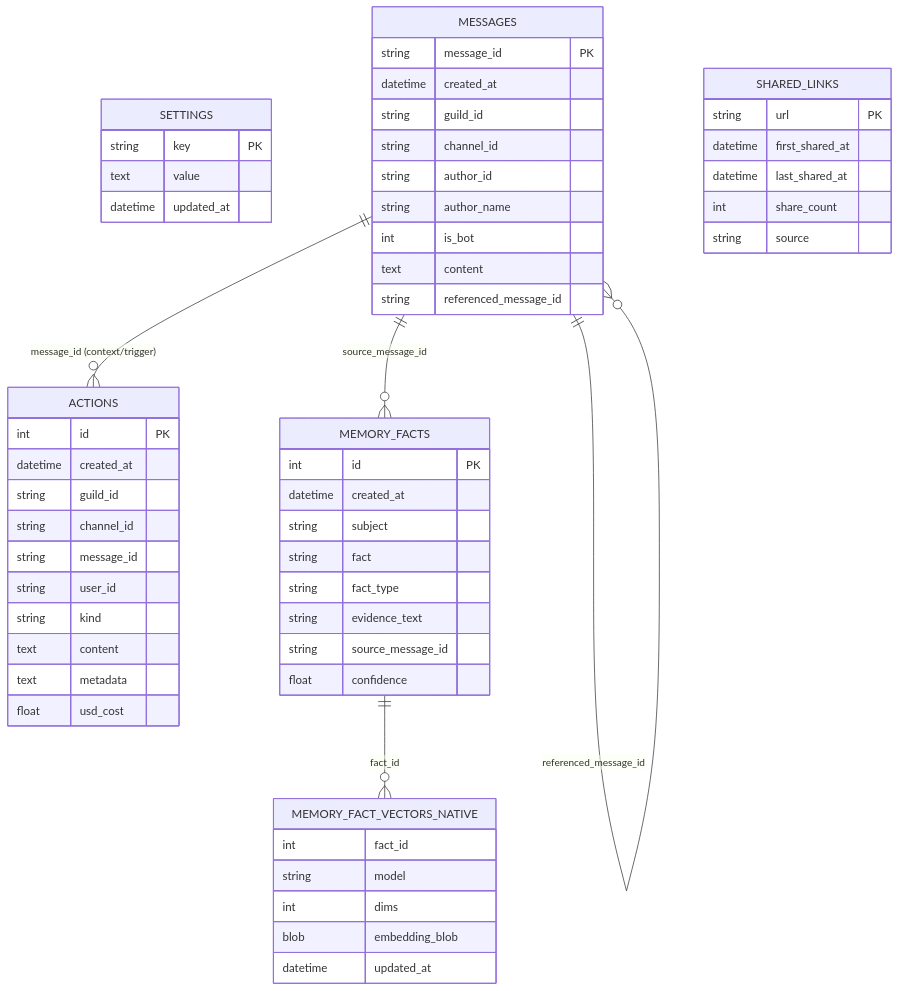
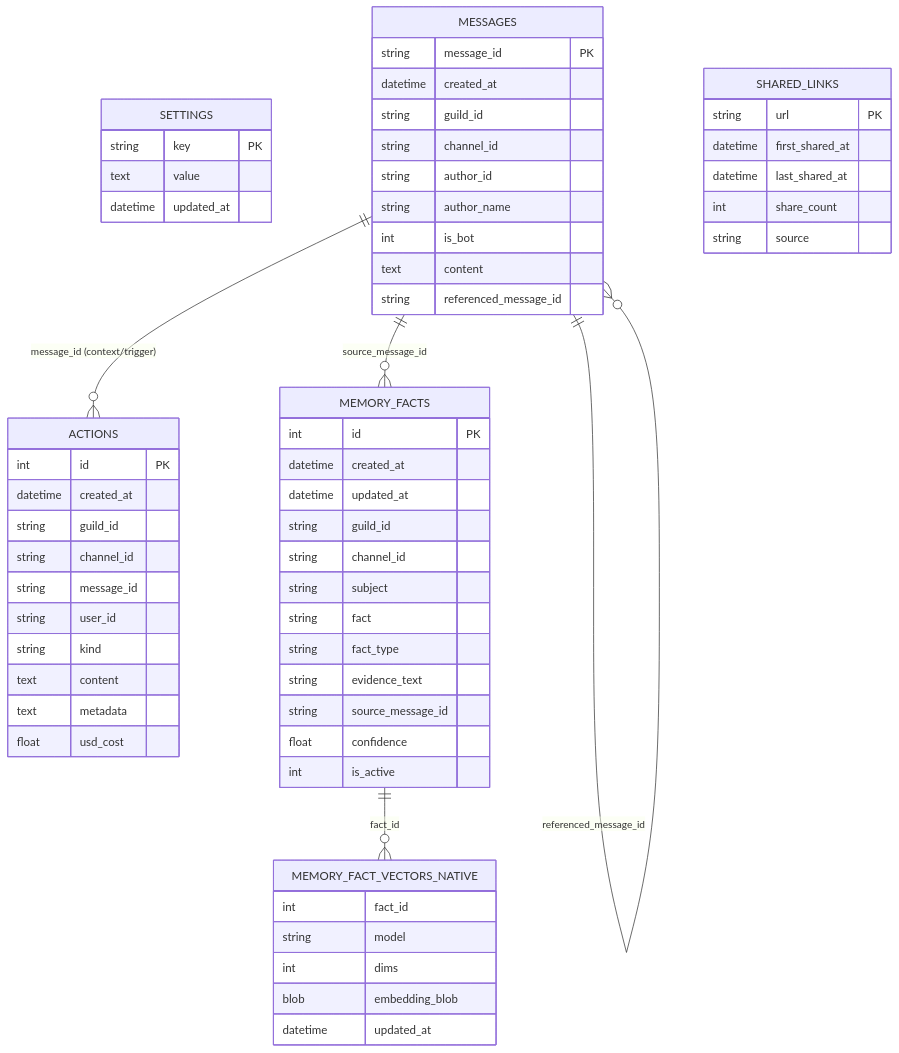
One commit to Volpestyle/clanker_conk changed the second of 5 diagrams in docs/technical-architecture.md. Above: the diagram before and after it, drawn with Mermaid. The commit also changed other lines of this file and 22 other files, not shown here.

````diff
--- a/docs/technical-architecture.md
+++ b/docs/technical-architecture.md
@@ -65,65 +71,69 @@
 ```mermaid
 erDiagram
     SETTINGS {
         string key PK
         text value
         datetime updated_at
     }
 
     MESSAGES {
         string message_id PK
         datetime created_at
         string guild_id
         string channel_id
         string author_id
         string author_name
         int is_bot
         text content
         string referenced_message_id
     }
 
     ACTIONS {
         int id PK
         datetime created_at
         string guild_id
         string channel_id
         string message_id
         string user_id
         string kind
         text content
         text metadata
         float usd_cost
     }
 
     MEMORY_FACTS {
         int id PK
         datetime created_at
+        datetime updated_at
+        string guild_id
+        string channel_id
         string subject
         string fact
         string fact_type
         string evidence_text
         string source_message_id
         float confidence
+        int is_active
     }
 
     MEMORY_FACT_VECTORS_NATIVE {
         int fact_id
         string model
         int dims
         blob embedding_blob
         datetime updated_at
     }
 
     SHARED_LINKS {
         string url PK
         datetime first_shared_at
         datetime last_shared_at
         int share_count
         string source
     }
 
     MESSAGES ||--o{ ACTIONS : "message_id (context/trigger)"
     MESSAGES ||--o{ MEMORY_FACTS : "source_message_id"
     MEMORY_FACTS ||--o{ MEMORY_FACT_VECTORS_NATIVE : "fact_id"
     MESSAGES ||--o{ MESSAGES : "referenced_message_id"
 ```
````
